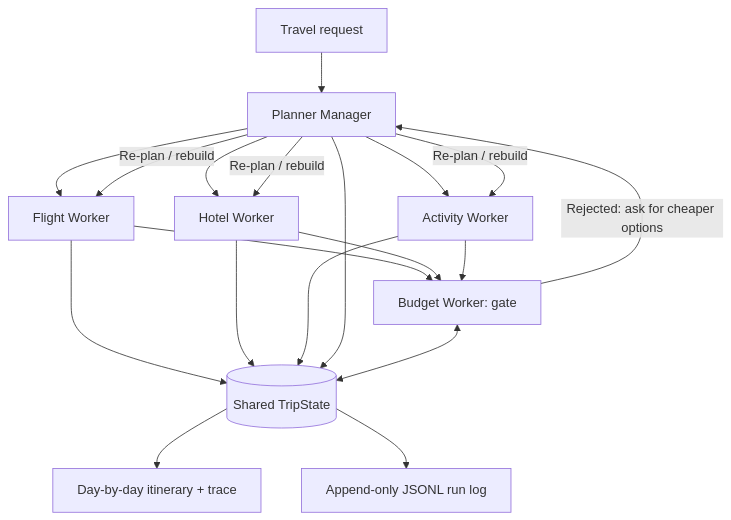
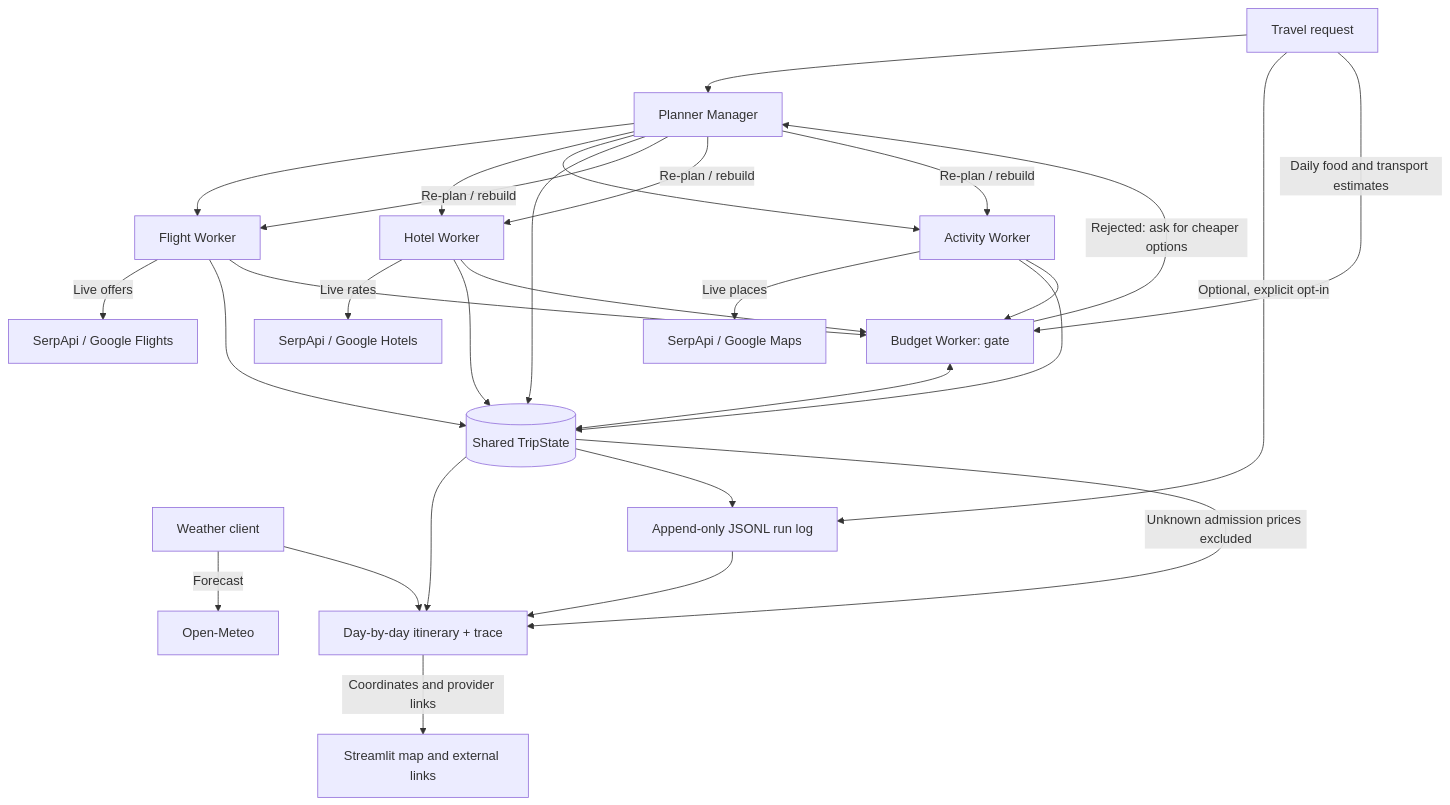
One commit to kusuma1166/TRAVEL-ITINERARY-PLANNING-CONCIERGE-Objective changed the diagram in architecture.mmd. Above: the diagram before and after it, drawn with Mermaid. The commit also changed 16 other files, not shown here.

```diff
--- a/architecture.mmd
+++ b/architecture.mmd
@@ -1,19 +1,29 @@
 flowchart TD
     U[Travel request] --> M[Planner Manager]
     M --> F[Flight Worker]
     M --> H[Hotel Worker]
     M --> A[Activity Worker]
+    F -->|Live offers| G[SerpApi / Google Flights]
+    H -->|Live rates| K[SerpApi / Google Hotels]
+    A -->|Live places| P[SerpApi / Google Maps]
+    W[Weather client] -->|Forecast| O[Open-Meteo]
+    U -->|Optional, explicit opt-in| L[OpenAI briefing]
+    L --> I
     F --> S[(Shared TripState)]
     H --> S
     A --> S
     M --> S
     F --> B[Budget Worker: gate]
     H --> B
     A --> B
+    U -->|Daily food and transport estimates| B
     B <--> S
     B -->|Rejected: ask for cheaper options| M
     M -->|Re-plan / rebuild| F
     M -->|Re-plan / rebuild| H
     M -->|Re-plan / rebuild| A
     S --> I[Day-by-day itinerary + trace]
+    W --> I
+    I -->|Coordinates and provider links| V[Streamlit map and external links]
     S --> L[Append-only JSONL run log]
+    S -->|Unknown admission prices excluded| I
```
